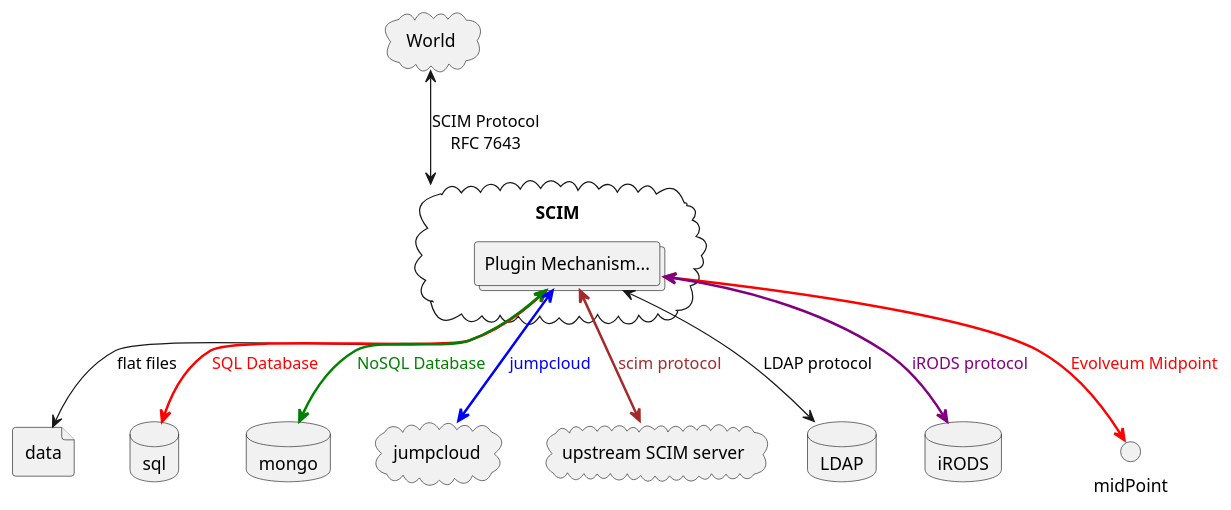
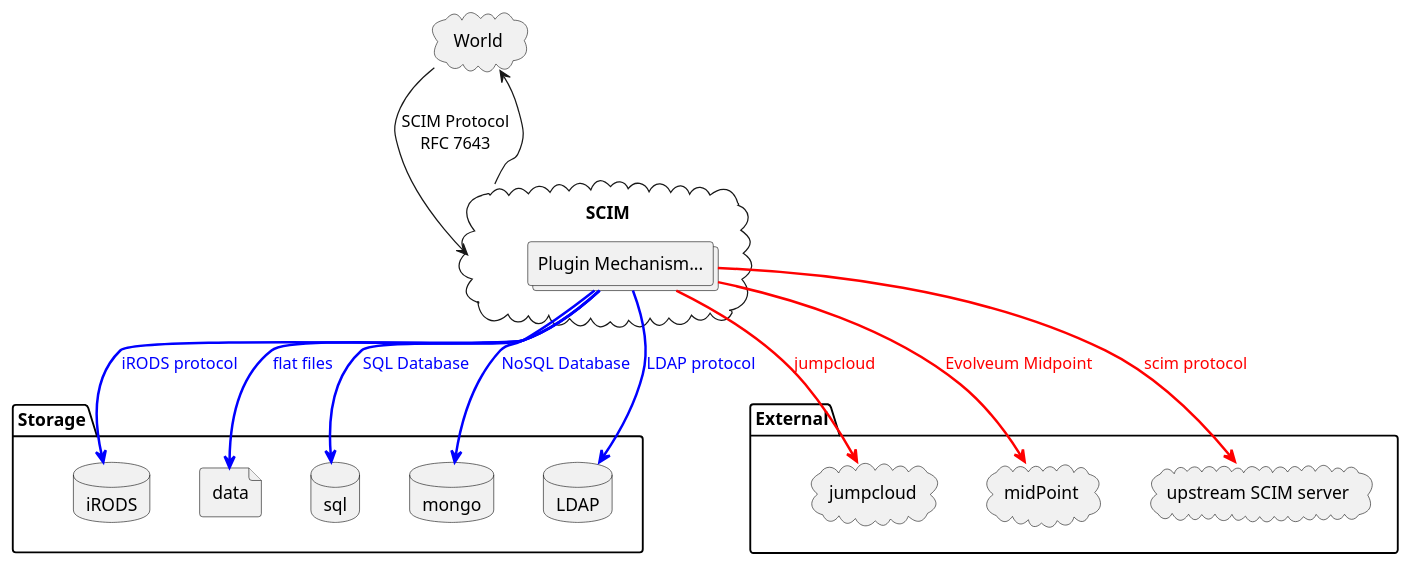
One commit to HarryKodden/scim changed the diagram in data.iuml. Above: the diagram before and after it, drawn with PlantUML. The commit also changed 1 other file, not shown here.

```diff
--- a/data.iuml
+++ b/data.iuml
@@ -2,26 +2,42 @@
 @startuml
+skinparam nodesep 40
+skinparam ranksep 60
+
 cloud World
 
 cloud SCIM {
   collections plugin as "Plugin Mechanism..."
 }
 
-World <--> SCIM: SCIM Protocol\nRFC 7643
+World -down-> SCIM: SCIM Protocol\nRFC 7643
+SCIM -up-> World
 
-file data
-database sql
-database mongo
-cloud jumpcloud
-cloud scim as "upstream SCIM server"
-database ldap as "LDAP"
-database irods as "iRODS"
+package "Storage" as storage {
+  file data
+  database sql
+  database mongo
+  database ldap as "LDAP"
+  database irods as "iRODS"
+}
 
-plugin <--> data : flat files
-plugin <--> sql #line:red;line.bold;text:red : SQL Database
-plugin <--> mongo #green;line.bold;text:green : NoSQL Database
-plugin <--> jumpcloud #blue;line.bold;text:blue : jumpcloud
-plugin <--> midPoint #red;line.bold;text:red : Evolveum Midpoint
-plugin <--> scim #brown;line.bold;text:brown : scim protocol
-plugin <--> ldap : LDAP protocol
-plugin <--> irods #purple;line.bold;text:purple : iRODS protocol
+package "External" as external {
+  cloud jumpcloud
+  cloud midPoint
+  cloud scim as "upstream SCIM server"
+}
+
+' Keep SCIM above both packages
+SCIM -[hidden]down-> storage
+SCIM -[hidden]down-> external
+storage -[hidden]right-> external
+
+plugin -down-> data #line:blue;line.bold;text:blue : flat files
+plugin -down-> sql #line:blue;line.bold;text:blue : SQL Database
+plugin -down-> mongo #blue;line.bold;text:blue : NoSQL Database
+plugin -down-> ldap #blue;line.bold;text:blue : LDAP protocol
+plugin -down-> irods #blue;line.bold;text:blue : iRODS protocol
+
+plugin -down-> jumpcloud #red;line.bold;text:red : jumpcloud
+plugin -down-> midPoint #red;line.bold;text:red : Evolveum Midpoint
+plugin -down-> scim #red;line.bold;text:red : scim protocol
 @enduml
```
